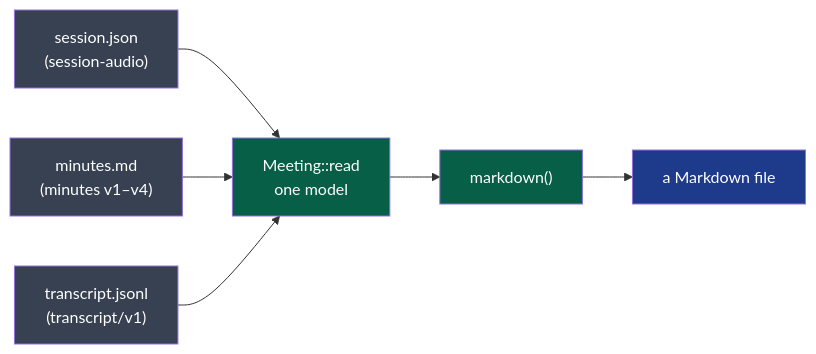
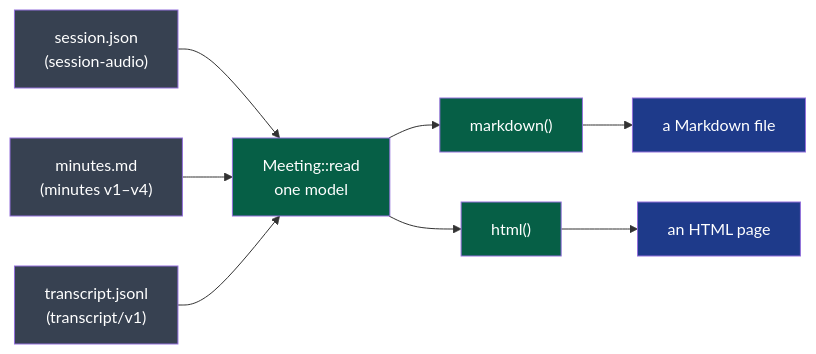
The diagram in modules/export/README.md (NapkinStack/kitokey), drawn with Mermaid before and after one commit. The commit also changed other lines of this file and 6 other files, not shown here.

First line of the commit message:
D108 — export: the meeting as an HTML page, its language set and its headings real

````diff
--- a/modules/export/README.md
+++ b/modules/export/README.md
@@ -9,12 +9,14 @@
 ```mermaid
 flowchart LR
     S["session.json<br/>(session-audio)"]:::file --> M["Meeting::read<br/>one model"]:::module
     N["minutes.md<br/>(minutes v1–v4)"]:::file --> M
     T["transcript.jsonl<br/>(transcript/v1)"]:::file --> M
     M --> W["markdown()"]:::module
     W --> F["a Markdown file"]:::out
+    M --> H["html()"]:::module
+    H --> P["an HTML page"]:::out
 
     classDef file fill:#374151,color:#fff
     classDef module fill:#065f46,color:#fff
     classDef out fill:#1e3a8a,color:#fff
 ```
````
